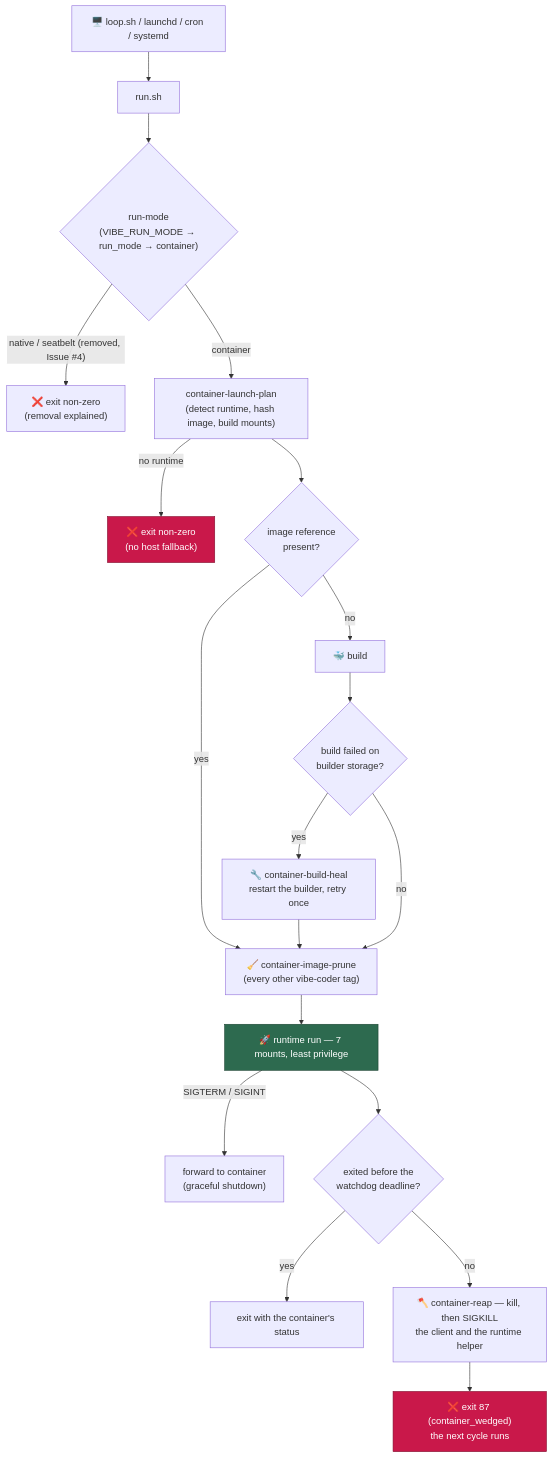
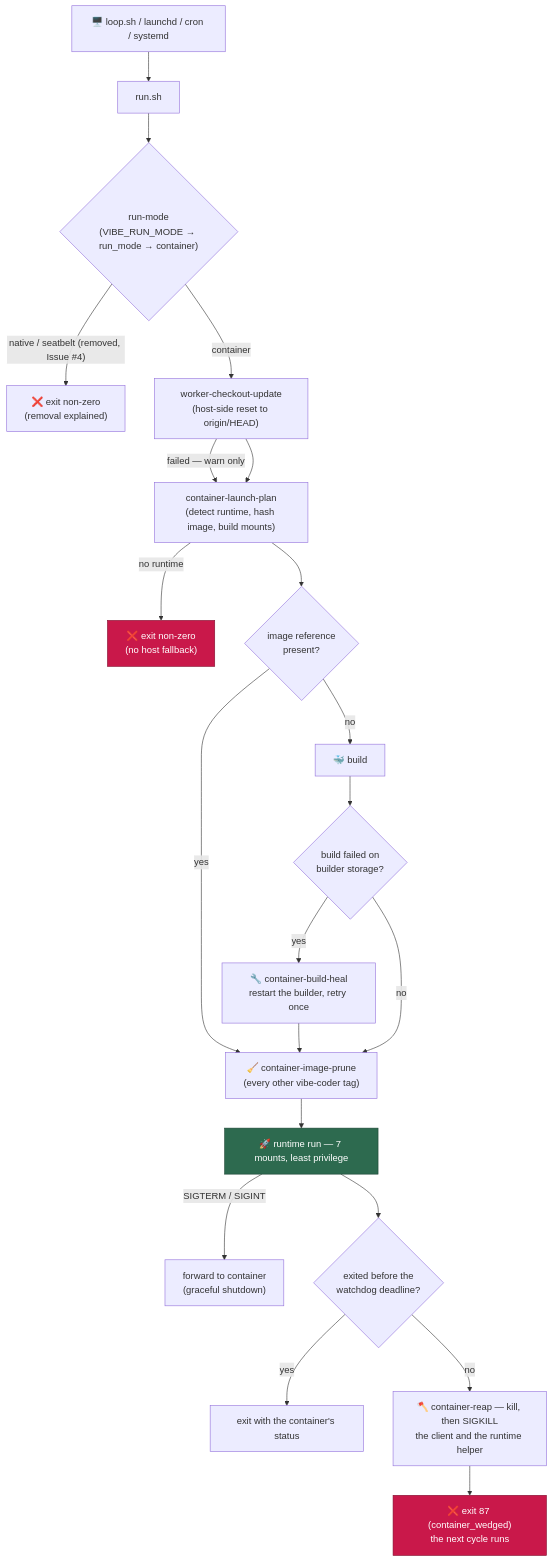
Diagram 12 of 17 in docs/CONTAINER.md (stSoftwareAU/VibeCoder), drawn with Mermaid before and after one commit. The commit also changed other lines of this file and 2 other files, not shown here.

First line of the commit message:
Document the host-side checkout update (Issue #512)

````diff
--- a/docs/CONTAINER.md
+++ b/docs/CONTAINER.md
@@ -865,24 +870,26 @@
 ```mermaid
 flowchart TD
     S["🖥️ loop.sh / launchd / cron / systemd"] --> R["run.sh"]
     R --> M{"run-mode<br/>(VIBE_RUN_MODE → run_mode → container)"}
     M -->|"native / seatbelt (removed, Issue #4)"| NV["❌ exit non-zero<br/>(removal explained)"]
-    M -->|container| P["container-launch-plan<br/>(detect runtime, hash image, build mounts)"]
+    M -->|container| U["worker-checkout-update<br/>(host-side reset to origin/HEAD)"]
+    U -->|"failed — warn only"| P
+    U --> P["container-launch-plan<br/>(detect runtime, hash image, build mounts)"]
     P -->|no runtime| X["❌ exit non-zero<br/>(no host fallback)"]
     P --> E{"image reference<br/>present?"}
     E -->|no| B["🐳 build"]
     E -->|yes| PR
     B --> BF{"build failed on<br/>builder storage?"}
     BF -->|yes| BH["🔧 container-build-heal<br/>restart the builder, retry once"]
     BH --> PR
     BF -->|no| PR["🧹 container-image-prune<br/>(every other vibe-coder tag)"]
     PR --> L["🚀 runtime run — 7 mounts, least privilege"]
     L -->|SIGTERM / SIGINT| T["forward to container<br/>(graceful shutdown)"]
     L --> W{"exited before the<br/>watchdog deadline?"}
     W -->|yes| Z["exit with the container's status"]
     W -->|no| K["🪓 container-reap — kill, then SIGKILL<br/>the client and the runtime helper"]
     K --> KX["❌ exit 87 (container_wedged)<br/>the next cycle runs"]
     style X fill:#c9184a,stroke:#800f2f,color:#fff
     style KX fill:#c9184a,stroke:#800f2f,color:#fff
     style L fill:#2d6a4f,stroke:#1b4332,color:#fff
 ```
````
